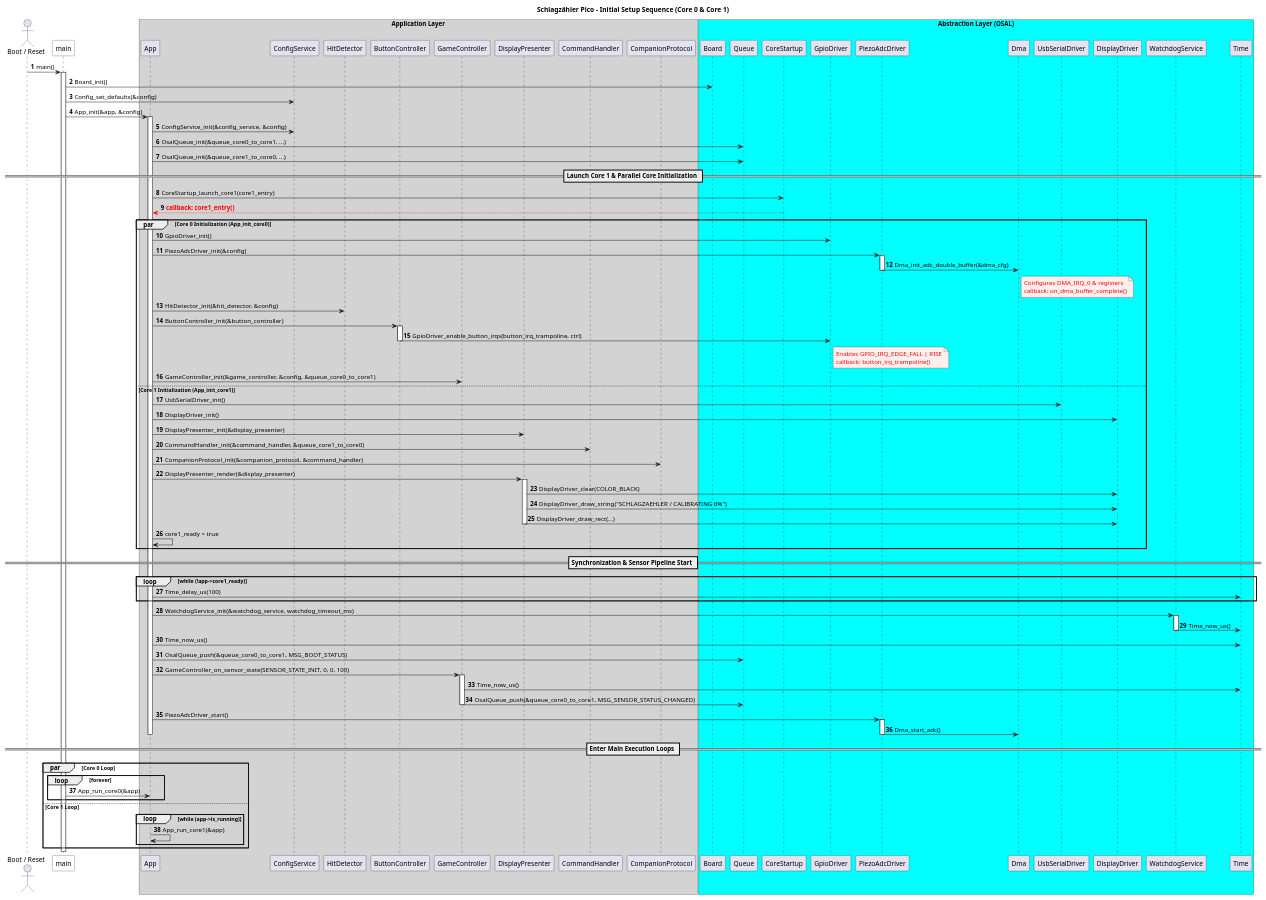
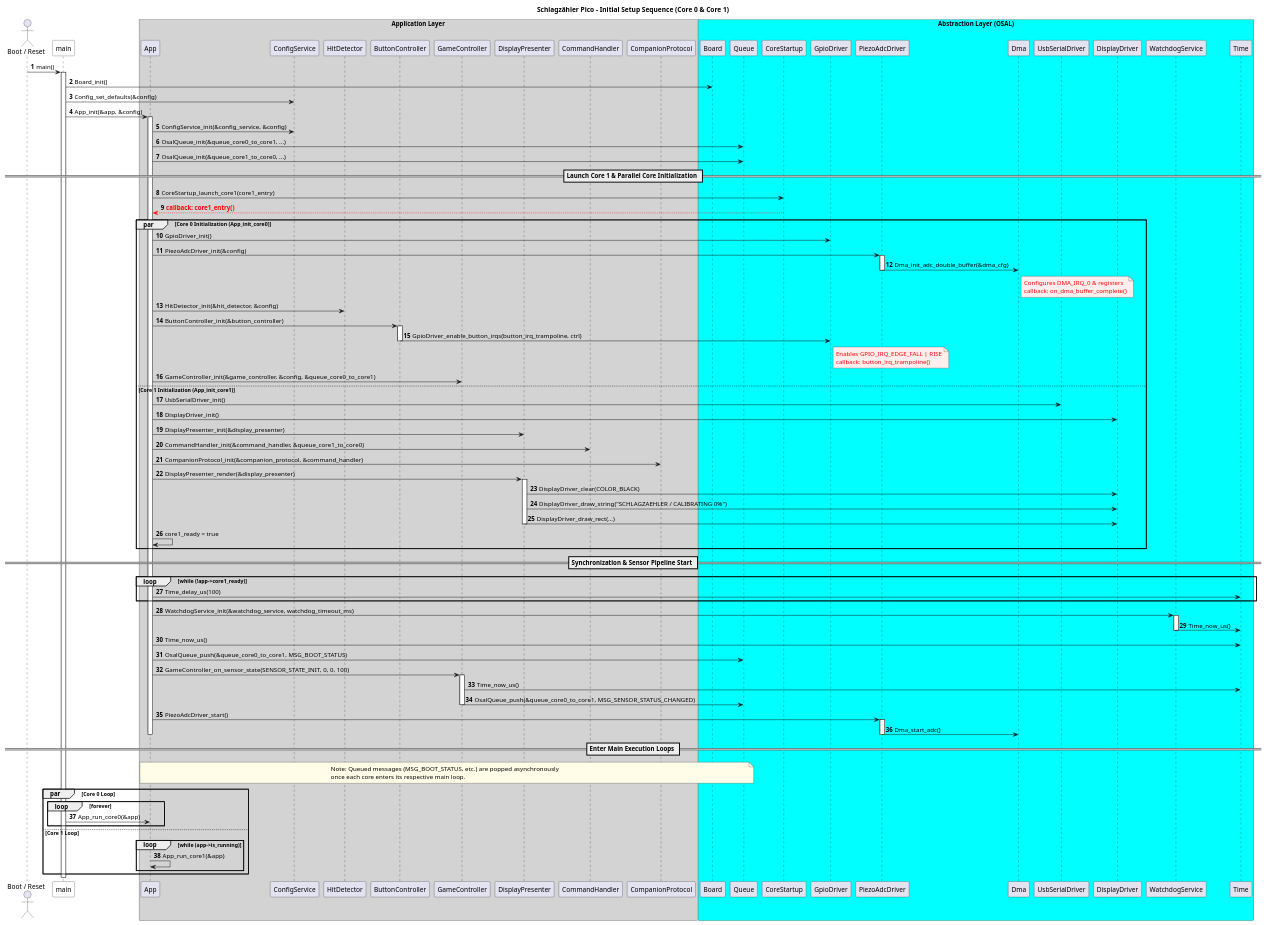
One commit to rafaelurben/raspberry-pi-pico-schlagzaehler changed the diagram in docs/diagrams/sequence_pico_setup.puml. Above: the diagram before and after it, drawn with PlantUML. The commit also changed 6 other files, not shown here.

Commit message:
chore(docs): Update diagrams

```diff
--- a/docs/diagrams/sequence_pico_setup.puml
+++ b/docs/diagrams/sequence_pico_setup.puml
@@ -1,132 +1,134 @@
 @startuml
 title Schlagzähler Pico – Initial Setup Sequence (Core 0 & Core 1)
 
 skinparam shadowing false
 skinparam responseMessageBelowArrow true
 skinparam sequenceMessageAlign left
 autonumber
 
 actor "Boot / Reset" as Boot
 participant "main" as Main #White
 
 box "Application Layer" #LightGray
     participant "App" as App
     participant "ConfigService" as ConfigService
     participant "HitDetector" as HitDetector
     participant "ButtonController" as ButtonController
     participant "GameController" as GameController
     participant "DisplayPresenter" as DisplayPresenter
     participant "CommandHandler" as CommandHandler
     participant "CompanionProtocol" as CompanionProtocol
 end box
 
 box "Abstraction Layer (OSAL)" #Cyan
     participant "Board" as Board
     participant "Queue" as Queue
     participant "CoreStartup" as CoreStartup
     participant "GpioDriver" as GpioDriver
     participant "PiezoAdcDriver" as PiezoAdcDriver
     participant "Dma" as Dma
     participant "UsbSerialDriver" as UsbSerialDriver
     participant "DisplayDriver" as DisplayDriver
     participant "WatchdogService" as WatchdogService
     participant "Time" as Time
 end box
 
 Boot -> Main : main()
 activate Main
 
 Main -> Board : Board_init()
 Main -> ConfigService : Config_set_defaults(&config)
 Main -> App : App_init(&app, &config)
 activate App
 
 App -> ConfigService : ConfigService_init(&config_service, &config)
 App -> Queue : OsalQueue_init(&queue_core0_to_core1, ...)
 App -> Queue : OsalQueue_init(&queue_core1_to_core0, ...)
 
 == Launch Core 1 & Parallel Core Initialization ==
 
 App -> CoreStartup : CoreStartup_launch_core1(core1_entry)
 CoreStartup --[#Red]> App : <color:Red><b>callback: core1_entry()</b></color>
 
 par Core 0 Initialization (App_init_core0)
     App -> GpioDriver : GpioDriver_init()
     App -> PiezoAdcDriver : PiezoAdcDriver_init(&config)
     activate PiezoAdcDriver
     PiezoAdcDriver -> Dma : Dma_init_adc_double_buffer(&dma_cfg)
     note right of Dma #FFEEEE
         <color:Red>Configures DMA_IRQ_0 & registers</color>
         <color:Red>callback: on_dma_buffer_complete()</color>
     end note
     deactivate PiezoAdcDriver
 
     App -> HitDetector : HitDetector_init(&hit_detector, &config)
     App -> ButtonController : ButtonController_init(&button_controller)
     activate ButtonController
     ButtonController -> GpioDriver : GpioDriver_enable_button_irqs(button_irq_trampoline, ctrl)
     note right of GpioDriver #FFEEEE
         <color:Red>Enables GPIO_IRQ_EDGE_FALL | RISE</color>
         <color:Red>callback: button_irq_trampoline()</color>
     end note
     deactivate ButtonController
 
     App -> GameController : GameController_init(&game_controller, &config, &queue_core0_to_core1)
 
 else Core 1 Initialization (App_init_core1)
     App -> UsbSerialDriver : UsbSerialDriver_init()
     App -> DisplayDriver : DisplayDriver_init()
     App -> DisplayPresenter : DisplayPresenter_init(&display_presenter)
     App -> CommandHandler : CommandHandler_init(&command_handler, &queue_core1_to_core0)
     App -> CompanionProtocol : CompanionProtocol_init(&companion_protocol, &command_handler)
 
     App -> DisplayPresenter : DisplayPresenter_render(&display_presenter)
     activate DisplayPresenter
     DisplayPresenter -> DisplayDriver : DisplayDriver_clear(COLOR_BLACK)
     DisplayPresenter -> DisplayDriver : DisplayDriver_draw_string("SCHLAGZAEHLER / CALIBRATING 0%")
     DisplayPresenter -> DisplayDriver : DisplayDriver_draw_rect(...)
     deactivate DisplayPresenter
 
     App -> App : core1_ready = true
 end
 
 == Synchronization & Sensor Pipeline Start ==
 
 loop while (!app->core1_ready)
     App -> Time : Time_delay_us(100)
 end
 
 App -> WatchdogService : WatchdogService_init(&watchdog_service, watchdog_timeout_ms)
 activate WatchdogService
 WatchdogService -> Time : Time_now_us()
 deactivate WatchdogService
 
 App -> Time : Time_now_us()
 App -> Queue : OsalQueue_push(&queue_core0_to_core1, MSG_BOOT_STATUS)
 
 App -> GameController : GameController_on_sensor_state(SENSOR_STATE_INIT, 0, 0, 100)
 activate GameController
 GameController -> Time : Time_now_us()
 GameController -> Queue : OsalQueue_push(&queue_core0_to_core1, MSG_SENSOR_STATUS_CHANGED)
 deactivate GameController
 
 App -> PiezoAdcDriver : PiezoAdcDriver_start()
 activate PiezoAdcDriver
 PiezoAdcDriver -> Dma : Dma_start_adc()
 deactivate PiezoAdcDriver
 
 deactivate App
 
 == Enter Main Execution Loops ==
 
+note over Queue, App #FFFDE7: Note: Queued messages (MSG_BOOT_STATUS, etc.) are popped asynchronously\nonce each core enters its respective main loop.
+
 par Core 0 Loop
     loop forever
         Main -> App : App_run_core0(&app)
     end
 else Core 1 Loop
     loop while (app->is_running)
         App -> App : App_run_core1(&app)
     end
 end
 
 @enduml
```
